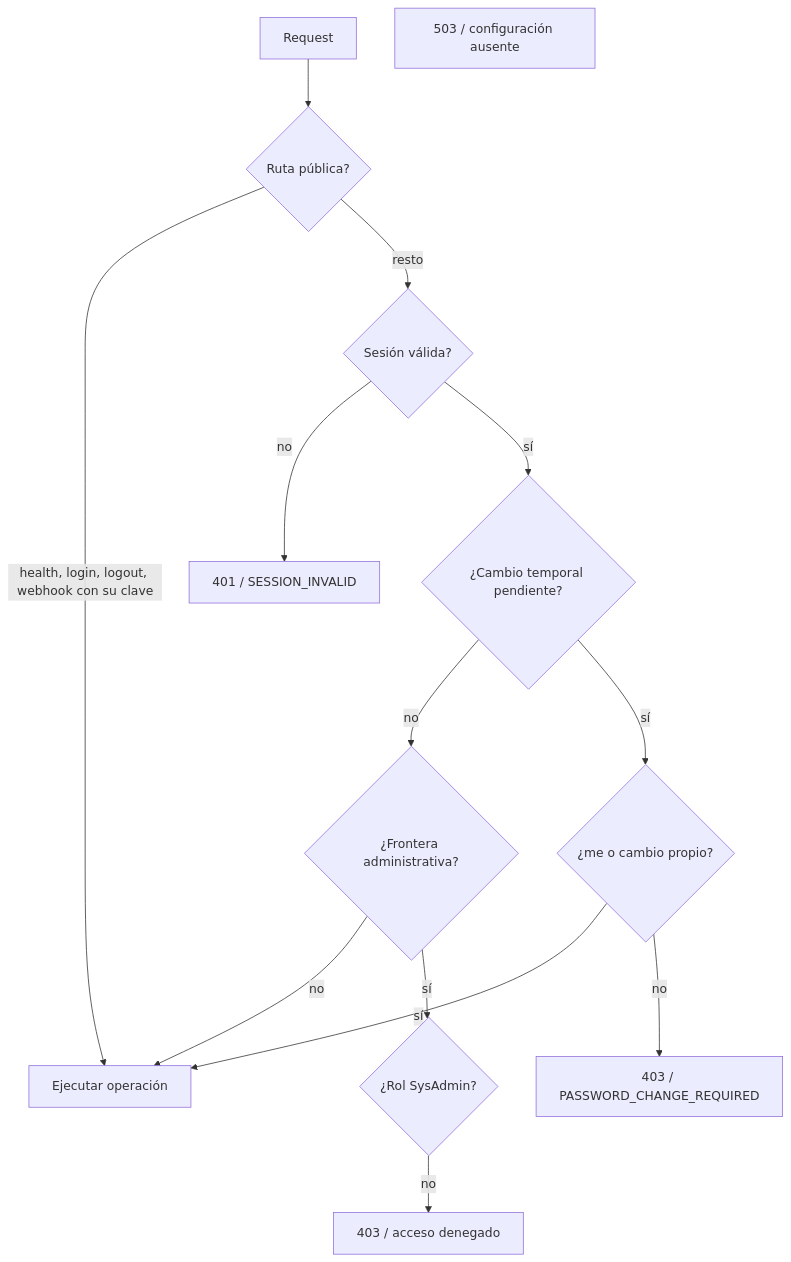
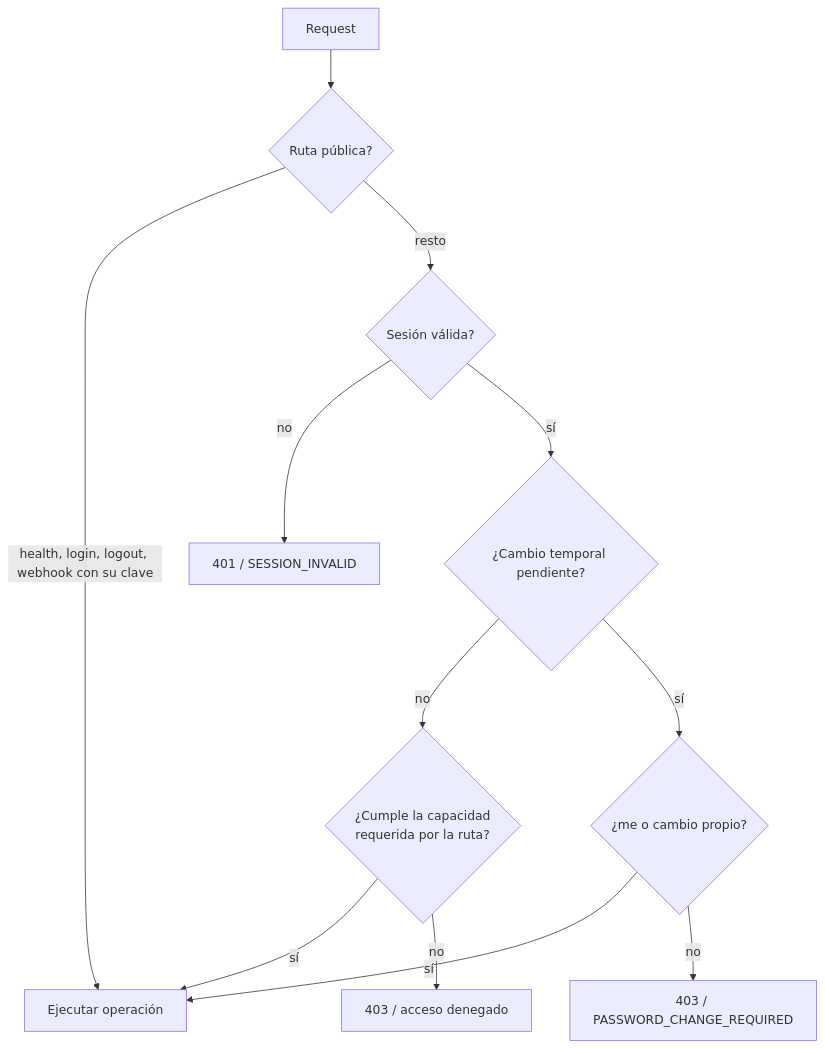
One commit to marianoLaclau/ticketsAdmin changed the ninth of 12 diagrams in docs/ARQUITECTURA.MD. Above: the diagram before and after it, drawn with Mermaid. The commit also changed other lines of this file and 5 other files, not shown here.

````diff
--- a/docs/ARQUITECTURA.MD
+++ b/docs/ARQUITECTURA.MD
@@ -383,28 +429,25 @@
 ```mermaid
 flowchart TD
     request[Request]
     public{Ruta pública?}
     session{Sesión válida?}
     password{¿Cambio temporal pendiente?}
     authOnly{¿me o cambio propio?}
-    sensitive{¿Frontera administrativa?}
-    sysadmin{¿Rol SysAdmin?}
+    capability{¿Cumple la capacidad<br/>requerida por la ruta?}
     allow[Ejecutar operación]
     reject401[401 / SESSION_INVALID]
     reject403[403 / acceso denegado]
     rejectPassword[403 / PASSWORD_CHANGE_REQUIRED]
-    reject503[503 / configuración ausente]
 
     request --> public
     public -->|health, login, logout, webhook con su clave| allow
     public -->|resto| session
     session -->|no| reject401
     session -->|sí| password
-    password -->|no| sensitive
+    password -->|no| capability
     password -->|sí| authOnly
     authOnly -->|sí| allow
     authOnly -->|no| rejectPassword
-    sensitive -->|no| allow
-    sensitive -->|sí| sysadmin
-    sysadmin -->|no| reject403
+    capability -->|sí| allow
+    capability -->|no| reject403
 ```
````
